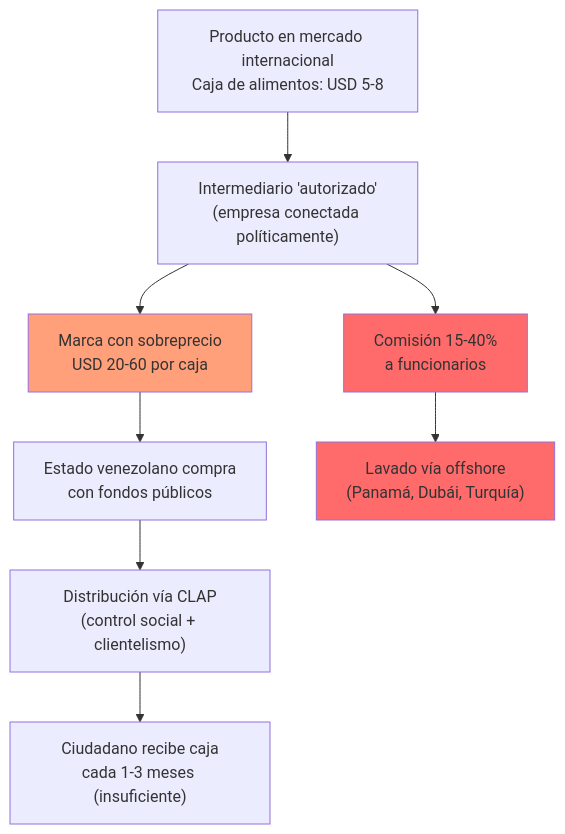
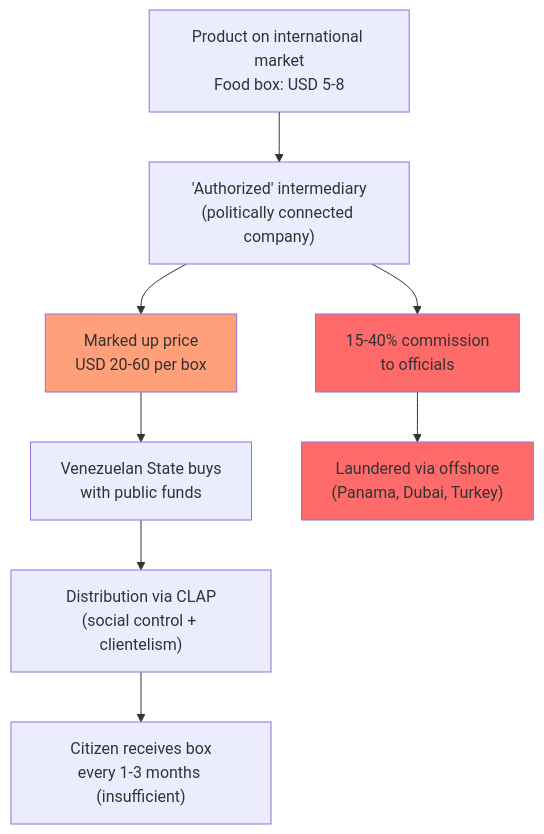
The first of 4 diagrams in i18n/en/docusaurus-plugin-content-docs/current/04-gobernanza/blindaje-integridad.md (Venezuela-S-A/venezuela-sa), drawn with Mermaid before and after one commit. The commit also changed other lines of this file and 127 other files, not shown here.

````diff
--- a/i18n/en/docusaurus-plugin-content-docs/current/04-gobernanza/blindaje-integridad.md
+++ b/i18n/en/docusaurus-plugin-content-docs/current/04-gobernanza/blindaje-integridad.md
@@ -41,15 +41,15 @@
 ```mermaid
 flowchart TD
-    A["Producto en mercado internacional<br/>Caja de alimentos: USD 5-8"] --> B["Intermediario 'autorizado'<br/>(empresa conectada políticamente)"]
-    B --> C["Marca con sobreprecio<br/>USD 20-60 por caja"]
-    C --> D["Estado venezolano compra<br/>con fondos públicos"]
-    D --> E["Distribución vía CLAP<br/>(control social + clientelismo)"]
-    E --> F["Ciudadano recibe caja<br/>cada 1-3 meses (insuficiente)"]
+    A["Product on international market<br/>Food box: USD 5-8"] --> B["'Authorized' intermediary<br/>(politically connected company)"]
+    B --> C["Marked up price<br/>USD 20-60 per box"]
+    C --> D["Venezuelan State buys<br/>with public funds"]
+    D --> E["Distribution via CLAP<br/>(social control + clientelism)"]
+    E --> F["Citizen receives box<br/>every 1-3 months (insufficient)"]
 
-    B --> G["Comisión 15-40%<br/>a funcionarios"]
-    G --> H["Lavado vía offshore<br/>(Panamá, Dubái, Turquía)"]
+    B --> G["15-40% commission<br/>to officials"]
+    G --> H["Laundered via offshore<br/>(Panama, Dubai, Turkey)"]
 
     style G fill:#ff6b6b
     style H fill:#ff6b6b
     style C fill:#ffa07a
 ```
````
